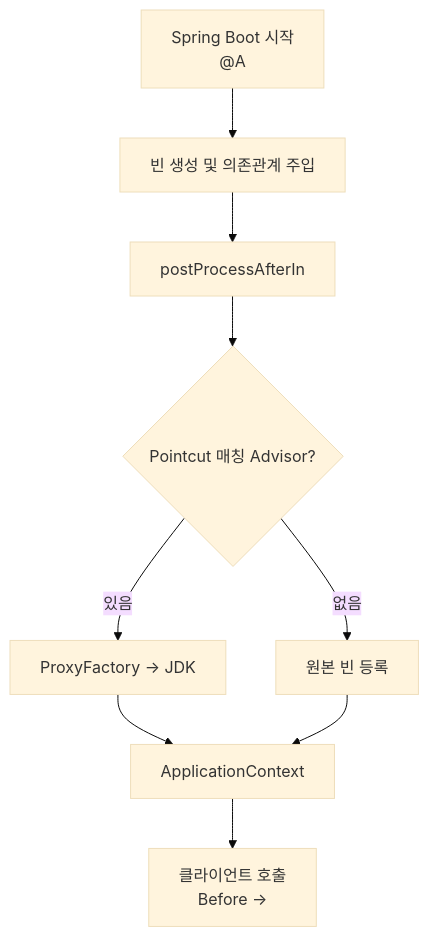
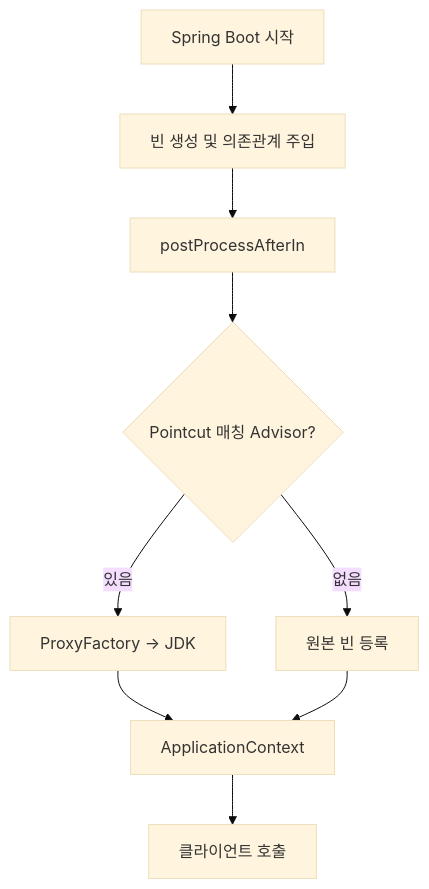
One commit to yjkim2015/yjkim2015.github.io changed diagram 11 of 11 in _posts/spring/2026-05-02-spring-core-advanced.md. Above: the diagram before and after it, drawn with Mermaid (base theme). The commit also changed other lines of this file and 217 other files, not shown here.

First line of the commit message:
Mermaid 크기 수정: useMaxWidth:true + SVG max-width:100% + 라벨 축소

````diff
--- a/_posts/spring/2026-05-02-spring-core-advanced.md
+++ b/_posts/spring/2026-05-02-spring-core-advanced.md
@@ -713,10 +713,10 @@
 ```mermaid
 flowchart TD
-    A["Spring Boot 시작\n@A"] --> B["빈 생성 및 의존관계 주입"]
+    A["Spring Boot 시작"] --> B["빈 생성 및 의존관계 주입"]
     B --> C["postProcessAfterIn"]
     C --> D{"Pointcut 매칭 Advisor?"}
     D -->|"있음"| E["ProxyFactory → JDK"]
     D -->|"없음"| F["원본 빈 등록"]
     E & F --> G["ApplicationContext"]
-    G --> H["클라이언트 호출\nBefore →"]
+    G --> H["클라이언트 호출"]
 ```
````
